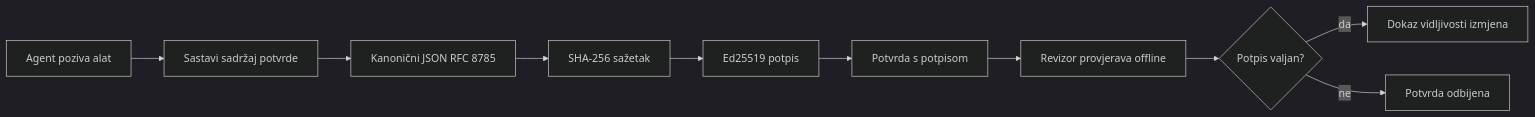
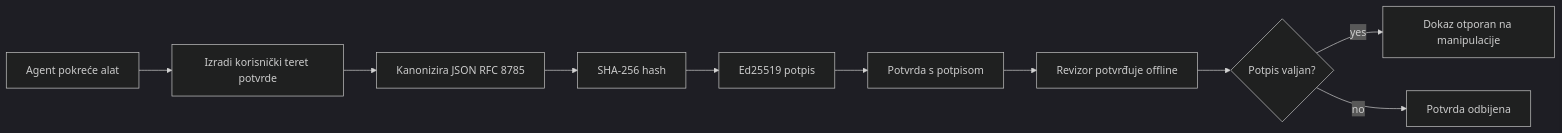
Before and after one commit to gabrielmoreira/agent-skills-mirror: the first of 2 diagrams in mirrors/repos/microsoft@ai-agents-for-beginners/translations/hr/18-securing-ai-agents/README.md, drawn with Mermaid (dark theme). The commit also changed other lines of this file and 4482 other files, not shown here.

````diff
--- a/mirrors/repos/microsoft@ai-agents-for-beginners/translations/hr/18-securing-ai-agents/README.md
+++ b/mirrors/repos/microsoft@ai-agents-for-beginners/translations/hr/18-securing-ai-agents/README.md
@@ -51,12 +51,12 @@
 ```mermaid
 flowchart LR
-    A[Agent poziva alat] --> B[Sastavi sadržaj potvrde]
-    B --> C[Kanonični JSON RFC 8785]
-    C --> D[SHA-256 sažetak]
+    A[Agent pokreće alat] --> B[Izradi korisnički teret potvrde]
+    B --> C[Kanonizira JSON RFC 8785]
+    C --> D[SHA-256 hash]
     D --> E[Ed25519 potpis]
     E --> F[Potvrda s potpisom]
-    F --> G[Revizor provjerava offline]
+    F --> G[Revizor potvrđuje offline]
     G --> H{Potpis valjan?}
-    H -- da --> I[Dokaz vidljivosti izmjena]
-    H -- ne --> J[Potvrda odbijena]
+    H -- yes --> I[Dokaz otporan na manipulacije]
+    H -- no --> J[Potvrda odbijena]
 ```
````
